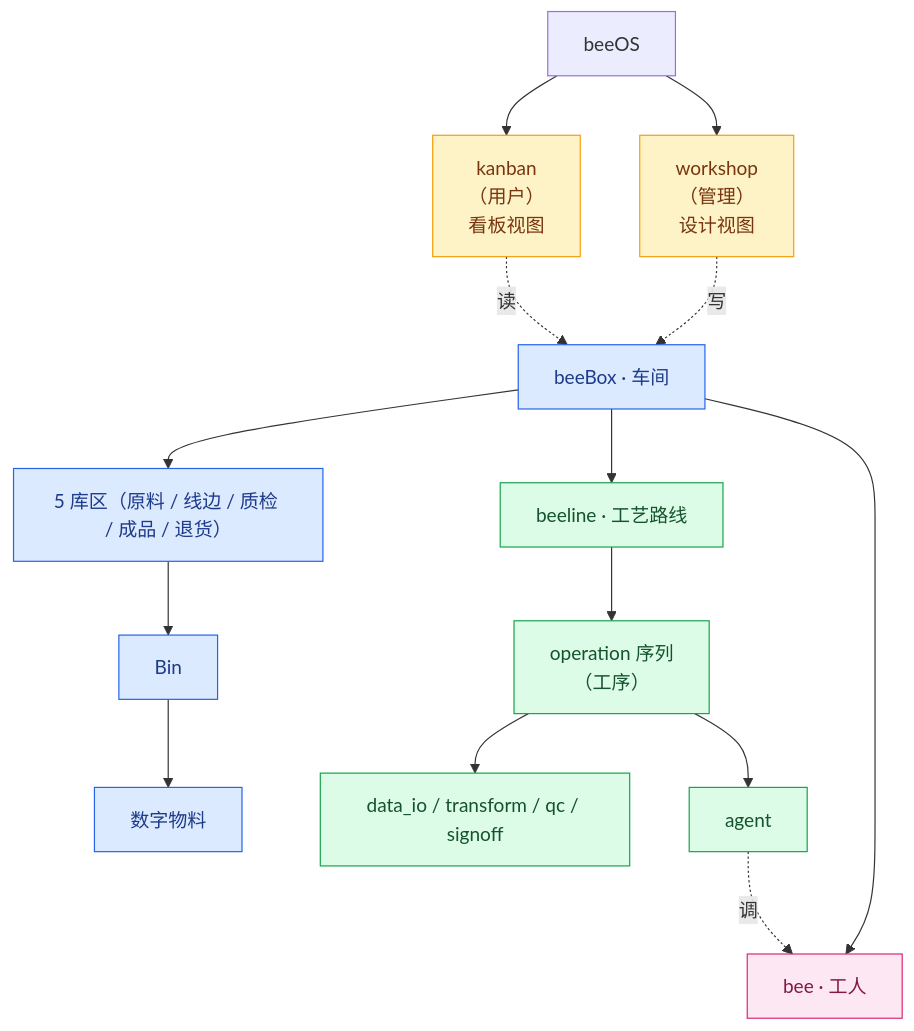
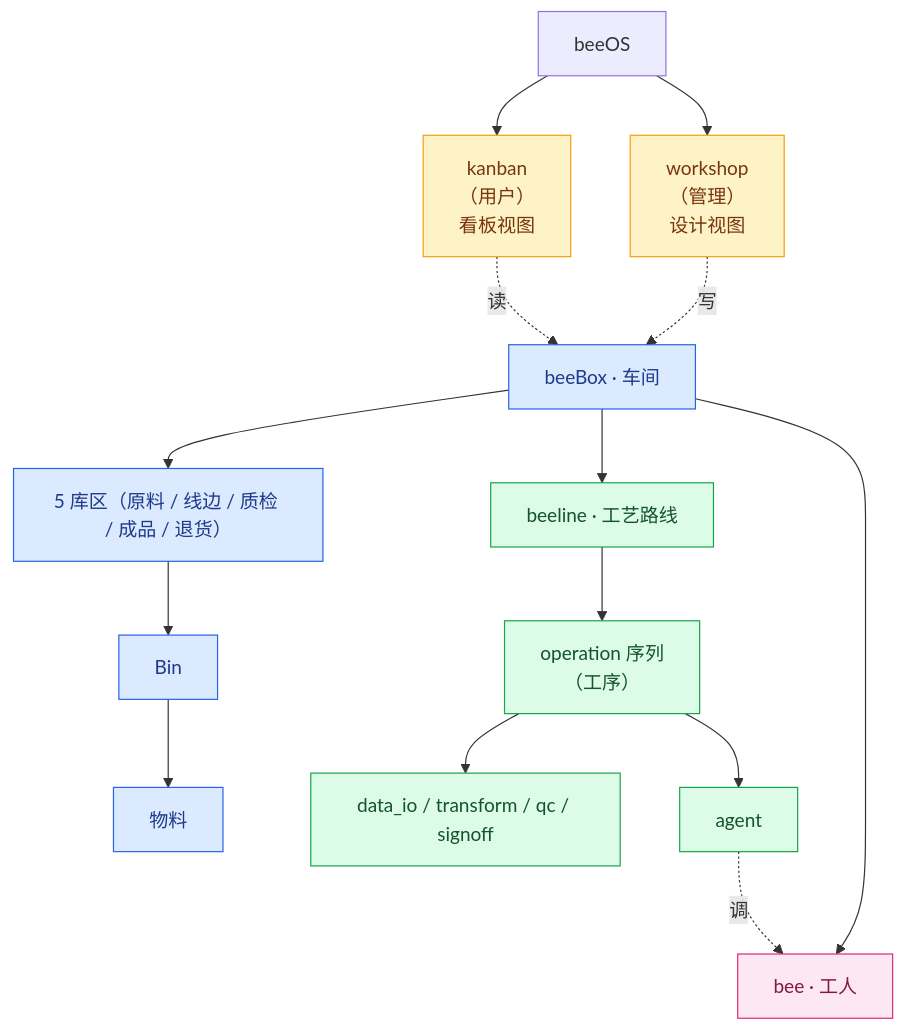
The first of 4 diagrams in docs/architecture/kernel-design.md (chehuizi/beeOS), drawn with Mermaid before and after one commit. The commit also changed other lines of this file, not shown here.

First line of the commit message:
docs: 数字物料 → 物料（用 WMS 标准术语）

````diff
--- a/docs/architecture/kernel-design.md
+++ b/docs/architecture/kernel-design.md
@@ -15,42 +15,42 @@
 ```mermaid
 graph TB
     beeOS["beeOS"]
 
     kanban["kanban<br/>（用户）<br/>看板视图"]
     workshop["workshop<br/>（管理）<br/>设计视图"]
 
     beeBox["beeBox · 车间"]
     zones["5 库区（原料 / 线边 / 质检 / 成品 / 退货）"]
     bins["Bin"]
-    materials["数字物料"]
+    materials["物料"]
     beeline["beeline · 工艺路线"]
     operations["operation 序列<br/>（工序）"]
     opBasic["data_io / transform / qc / signoff"]
     opAgent["agent"]
     bee["bee · 工人"]
 
     beeOS --> kanban
     beeOS --> workshop
     kanban -.读.-> beeBox
     workshop -.写.-> beeBox
 
     beeBox --> zones
     beeBox --> beeline
     beeBox --> bee
     zones --> bins
     bins --> materials
     beeline --> operations
     operations --> opBasic
     operations --> opAgent
     opAgent -.调.-> bee
 
     classDef console fill:#fef3c7,stroke:#f59e0b,color:#78350f
     classDef box fill:#dbeafe,stroke:#2563eb,color:#1e3a8a
     classDef flow fill:#dcfce7,stroke:#16a34a,color:#14532d
     classDef worker fill:#fce7f3,stroke:#db2777,color:#831843
 
     class kanban,workshop console
     class beeBox,zones,bins,materials box
     class beeline,operations,opBasic,opAgent flow
     class bee worker
 ```
````
